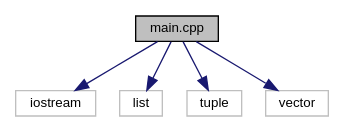
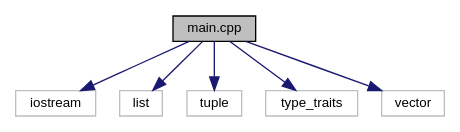
Before and after one commit to foghegehog/otus-cpp: the diagram in main_8cpp__incl.dot, drawn with Graphviz. The commit also changed 5 other files, not shown here.

```diff
--- a/main_8cpp__incl.dot
+++ b/main_8cpp__incl.dot
@@ -1,14 +1,16 @@
 digraph "main.cpp"
 {
   edge [fontname="Helvetica",fontsize="10",labelfontname="Helvetica",labelfontsize="10"];
   node [fontname="Helvetica",fontsize="10",shape=record];
   Node1 [label="main.cpp",height=0.2,width=0.4,color="black", fillcolor="grey75", style="filled", fontcolor="black"];
   Node1 -> Node2 [color="midnightblue",fontsize="10",style="solid",fontname="Helvetica"];
   Node2 [label="iostream",height=0.2,width=0.4,color="grey75", fillcolor="white", style="filled"];
   Node1 -> Node3 [color="midnightblue",fontsize="10",style="solid",fontname="Helvetica"];
   Node3 [label="list",height=0.2,width=0.4,color="grey75", fillcolor="white", style="filled"];
   Node1 -> Node4 [color="midnightblue",fontsize="10",style="solid",fontname="Helvetica"];
   Node4 [label="tuple",height=0.2,width=0.4,color="grey75", fillcolor="white", style="filled"];
   Node1 -> Node5 [color="midnightblue",fontsize="10",style="solid",fontname="Helvetica"];
-  Node5 [label="vector",height=0.2,width=0.4,color="grey75", fillcolor="white", style="filled"];
+  Node5 [label="type_traits",height=0.2,width=0.4,color="grey75", fillcolor="white", style="filled"];
+  Node1 -> Node6 [color="midnightblue",fontsize="10",style="solid",fontname="Helvetica"];
+  Node6 [label="vector",height=0.2,width=0.4,color="grey75", fillcolor="white", style="filled"];
 }
```
